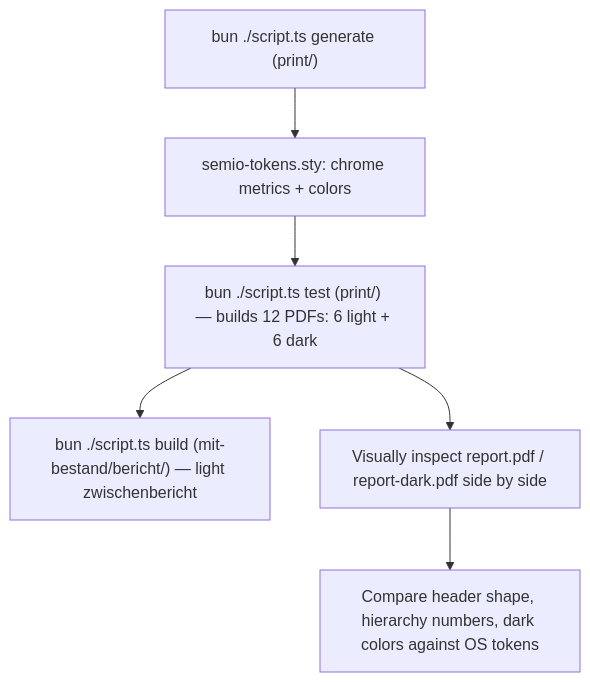
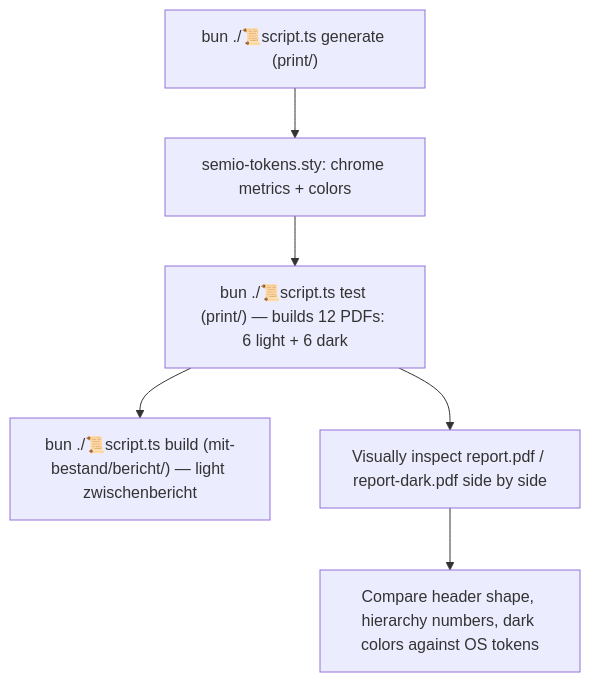
Before and after one commit to usalu/semio: the diagram in .cursor/plans/os_window_chrome_refinement_6c516018.plan.md, drawn with Mermaid. The commit also changed other lines of this file and 20066 other files, not shown here.

````diff
--- a/.cursor/plans/os_window_chrome_refinement_6c516018.plan.md
+++ b/.cursor/plans/os_window_chrome_refinement_6c516018.plan.md
@@ -119,8 +119,8 @@
 ```mermaid
 flowchart TD
-    gen["bun ./script.ts generate (print/)"] --> tokens["semio-tokens.sty: chrome metrics + colors"]
-    tokens --> testAll["bun ./script.ts test (print/) — builds 12 PDFs: 6 light + 6 dark"]
-    testAll --> mitbestand["bun ./script.ts build (mit-bestand/bericht/) — light zwischenbericht"]
+    gen["bun ./📜️script.ts generate (print/)"] --> tokens["semio-tokens.sty: chrome metrics + colors"]
+    tokens --> testAll["bun ./📜️script.ts test (print/) — builds 12 PDFs: 6 light + 6 dark"]
+    testAll --> mitbestand["bun ./📜️script.ts build (mit-bestand/bericht/) — light zwischenbericht"]
     testAll --> inspect["Visually inspect report.pdf / report-dark.pdf side by side"]
     inspect --> compare["Compare header shape, hierarchy numbers, dark colors against OS tokens"]
 ```
````
